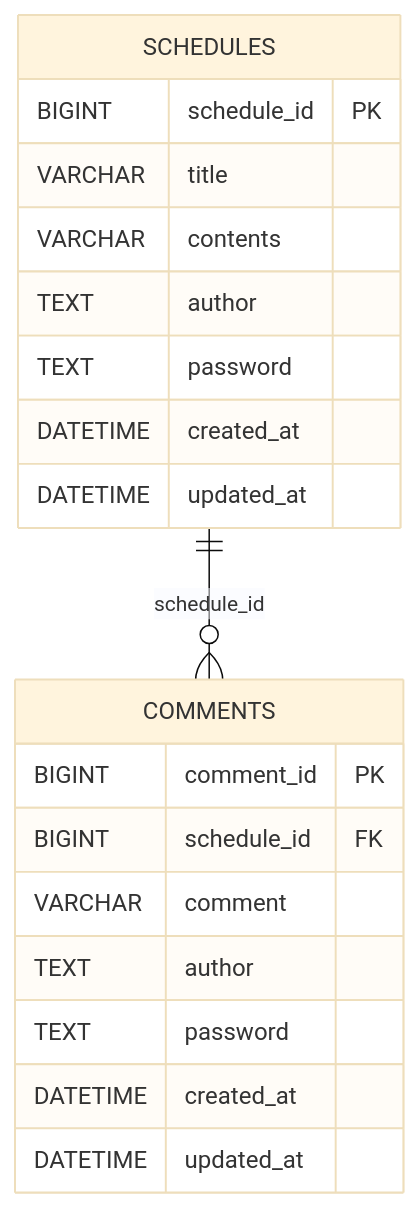
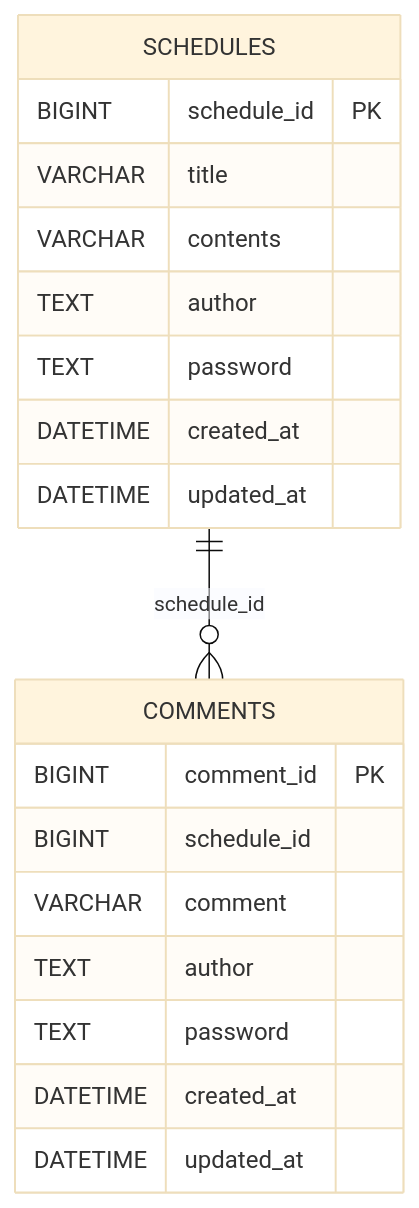
One commit to devdong1231/ScheduleProject changed the diagram in README.md. Above: the diagram before and after it, drawn with Mermaid (base theme). The commit also changed other lines of this file and 5 other files, not shown here.

````diff
--- a/README.md
+++ b/README.md
@@ -10,24 +26,24 @@
 ```mermaid
 erDiagram
     SCHEDULES {
         BIGINT schedule_id PK
         VARCHAR title
         VARCHAR contents
         TEXT author
         TEXT password
         DATETIME created_at
         DATETIME updated_at
     }
 
     COMMENTS {
         BIGINT comment_id PK
-        BIGINT schedule_id FK
+        BIGINT schedule_id
         VARCHAR comment
         TEXT author
         TEXT password
         DATETIME created_at
         DATETIME updated_at
     }
 
     SCHEDULES ||--o{ COMMENTS: schedule_id
 ```
````
